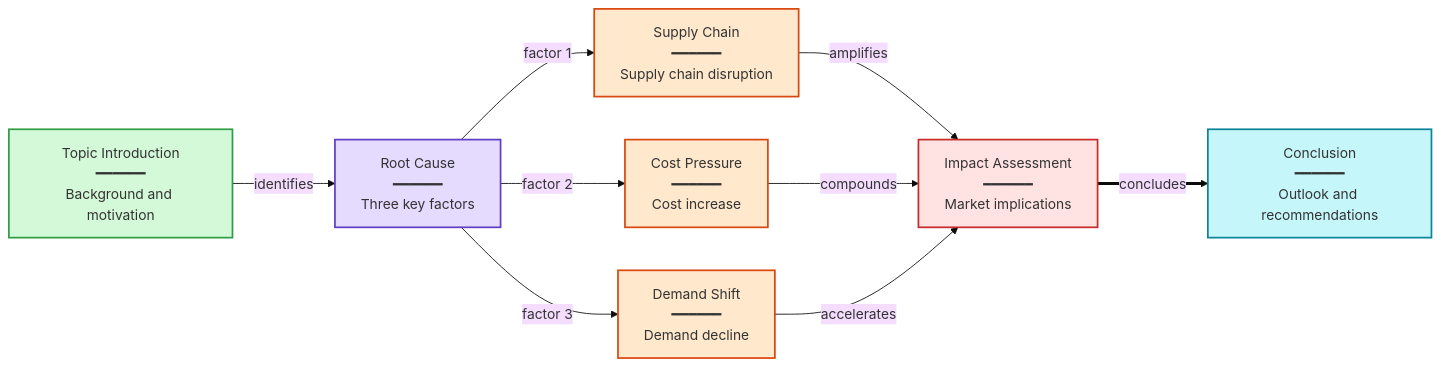
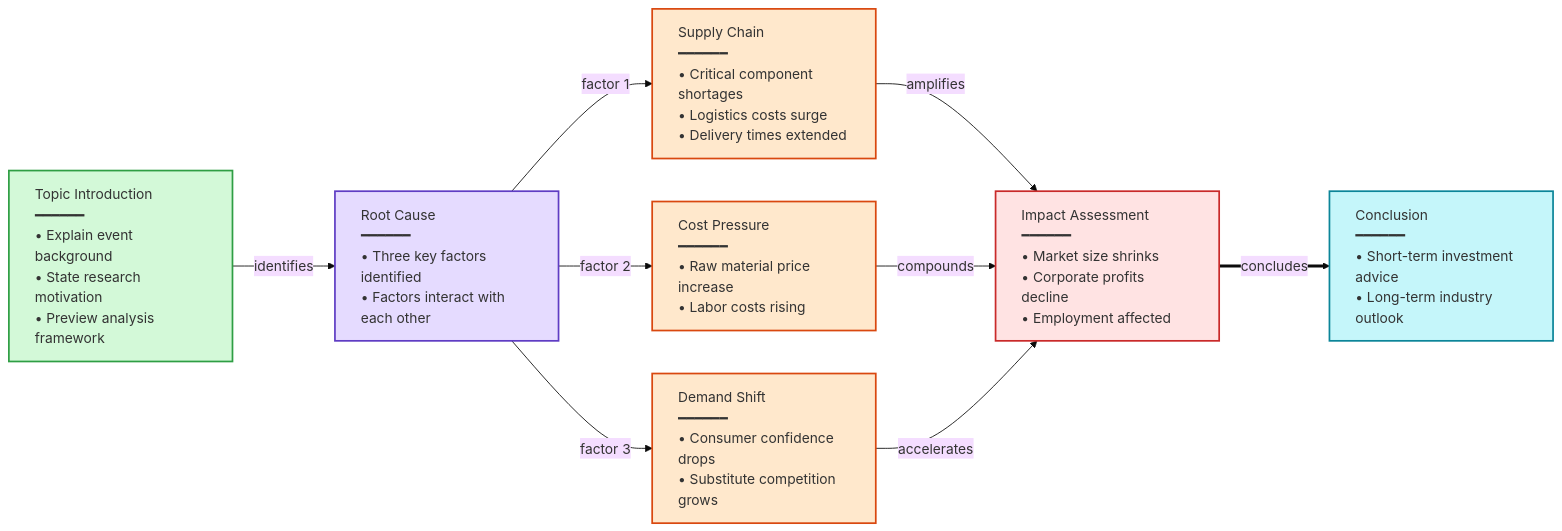
One commit to kouko/youtube-summarize-scraper changed the first of 2 diagrams in prompts/builtin/mermaid-en.md. Above: the diagram before and after it, drawn with Mermaid (base theme). The commit also changed other lines of this file and 2 other files, not shown here.

First line of the commit message:
feat: mermaid bullet list nodes, left-align, and layout improvements (#36)

````diff
--- a/prompts/builtin/mermaid-en.md
+++ b/prompts/builtin/mermaid-en.md
@@ -40,18 +41,18 @@
 ```mermaid
 graph LR
-A["Topic Introduction<br/>━━━━━━<br/>Background and motivation"] -->|identifies| B["Root Cause<br/>━━━━━━<br/>Three key factors"]
-B -->|factor 1| C["Supply Chain<br/>━━━━━━<br/>Supply chain disruption"]
-B -->|factor 2| D["Cost Pressure<br/>━━━━━━<br/>Cost increase"]
-B -->|factor 3| E["Demand Shift<br/>━━━━━━<br/>Demand decline"]
-C -->|amplifies| F["Impact Assessment<br/>━━━━━━<br/>Market implications"]
+A["<div style='text-align:left'>Topic Introduction<br/>━━━━━━<br/>• Explain event background<br/>• State research motivation<br/>• Preview analysis framework</div>"] -->|identifies| B["<div style='text-align:left'>Root Cause<br/>━━━━━━<br/>• Three key factors identified<br/>• Factors interact with each other</div>"]
+B -->|factor 1| C["<div style='text-align:left'>Supply Chain<br/>━━━━━━<br/>• Critical component shortages<br/>• Logistics costs surge<br/>• Delivery times extended</div>"]
+B -->|factor 2| D["<div style='text-align:left'>Cost Pressure<br/>━━━━━━<br/>• Raw material price increase<br/>• Labor costs rising</div>"]
+B -->|factor 3| E["<div style='text-align:left'>Demand Shift<br/>━━━━━━<br/>• Consumer confidence drops<br/>• Substitute competition grows</div>"]
+C -->|amplifies| F["<div style='text-align:left'>Impact Assessment<br/>━━━━━━<br/>• Market size shrinks<br/>• Corporate profits decline<br/>• Employment affected</div>"]
 D -->|compounds| F
 E -->|accelerates| F
-F ==>|concludes| G["Conclusion<br/>━━━━━━<br/>Outlook and recommendations"]
+F ==>|concludes| G["<div style='text-align:left'>Conclusion<br/>━━━━━━<br/>• Short-term investment advice<br/>• Long-term industry outlook</div>"]
 style A fill:#d3f9d8,stroke:#2f9e44,stroke-width:2px
 style B fill:#e5dbff,stroke:#5f3dc4,stroke-width:2px
 style C fill:#ffe8cc,stroke:#d9480f,stroke-width:2px
 style D fill:#ffe8cc,stroke:#d9480f,stroke-width:2px
 style E fill:#ffe8cc,stroke:#d9480f,stroke-width:2px
 style F fill:#ffe3e3,stroke:#c92a2a,stroke-width:2px
 style G fill:#c5f6fa,stroke:#0c8599,stroke-width:2px
 ```
````
